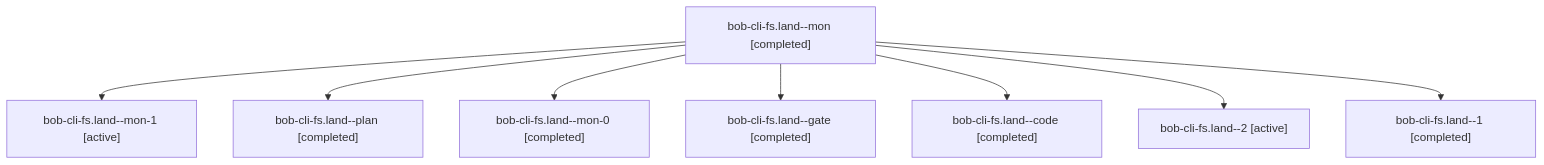
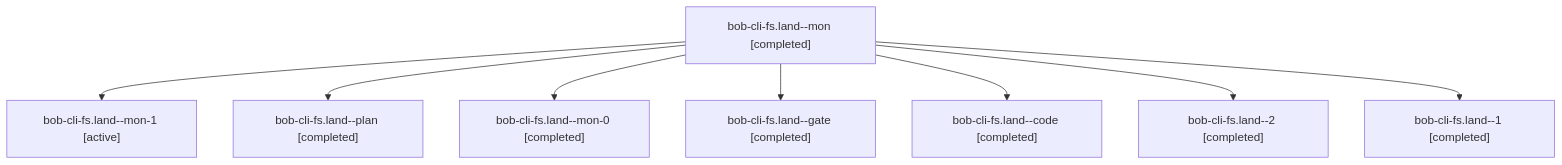
One commit to bobs-org/bob-cli--agents changed the diagram in sessions/bbugyi200.athena.bob-cli-fs.land.md. Above: the diagram before and after it, drawn with Mermaid. The commit also changed other lines of this file and 112 other files, not shown here.

````diff
--- a/sessions/bbugyi200.athena.bob-cli-fs.land.md
+++ b/sessions/bbugyi200.athena.bob-cli-fs.land.md
@@ -9,18 +9,18 @@
 ```mermaid
 flowchart TD
   n0["bob-cli-fs.land--mon [completed]"]
   n1["bob-cli-fs.land--mon-1 [active]"]
   n0 --> n1
   n2["bob-cli-fs.land--plan [completed]"]
   n0 --> n2
   n3["bob-cli-fs.land--mon-0 [completed]"]
   n0 --> n3
   n4["bob-cli-fs.land--gate [completed]"]
   n0 --> n4
   n5["bob-cli-fs.land--code [completed]"]
   n0 --> n5
-  n6["bob-cli-fs.land--2 [active]"]
+  n6["bob-cli-fs.land--2 [completed]"]
   n0 --> n6
   n7["bob-cli-fs.land--1 [completed]"]
   n0 --> n7
 ```
````
